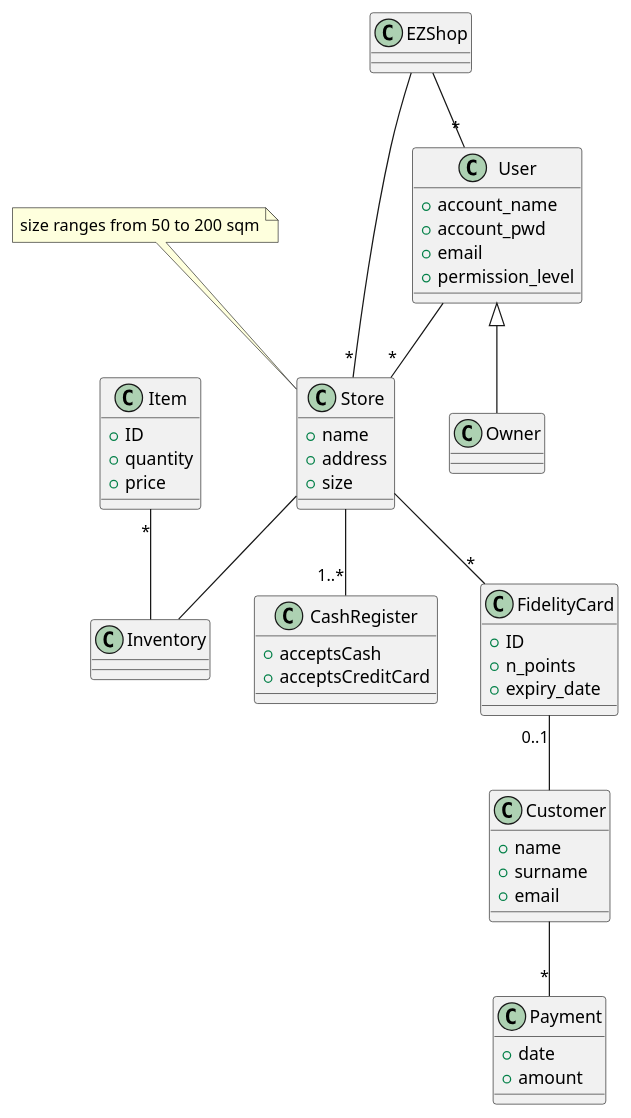
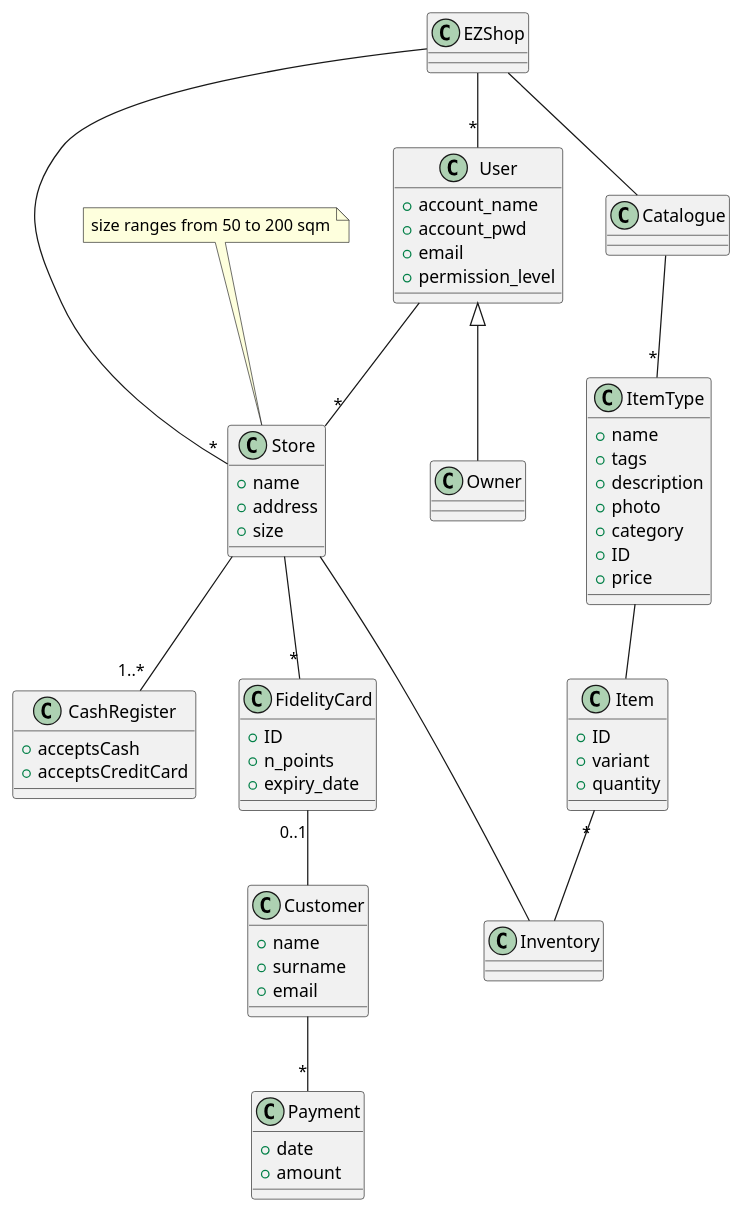
Before and after one commit to mspronesti/ezshop: the third of 5 diagrams in Deliverables/RequirementsDocument.md, drawn with PlantUML. The commit also changed other lines of this file, not shown here.

Commit message:
Docs: added ItemType and Catalogue to glossary Fix: typo in System design and UC scenario

```diff
--- a/Deliverables/RequirementsDocument.md
+++ b/Deliverables/RequirementsDocument.md
@@ -455,8 +455,22 @@
 
 class Item {
  + ID
+ + variant
  + quantity
+}
+
+class ItemType {
+ + name
+ + tags
+ + description
+ + photo
+ + category
+ + ID
  + price
+}
+
+class Catalogue {
+
 }
 
 class Inventory {	
@@ -471,6 +485,9 @@
 Owner -up-|> User
 EZShop -- "*" Store
 User  -- "*" Store
+EZShop -- Catalogue
+Catalogue -- "*" ItemType
+ItemType -- Item
 
 Item  "*" --  Inventory
 
```
